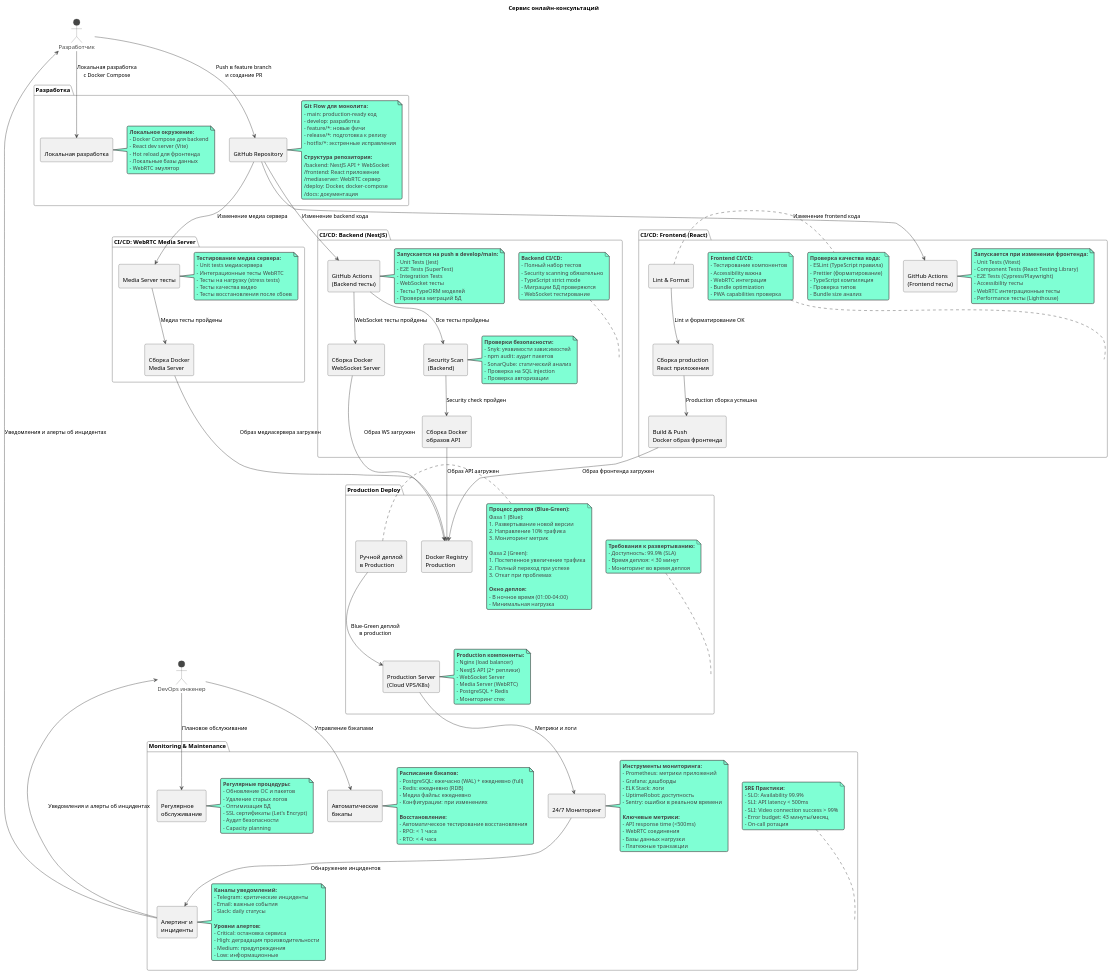
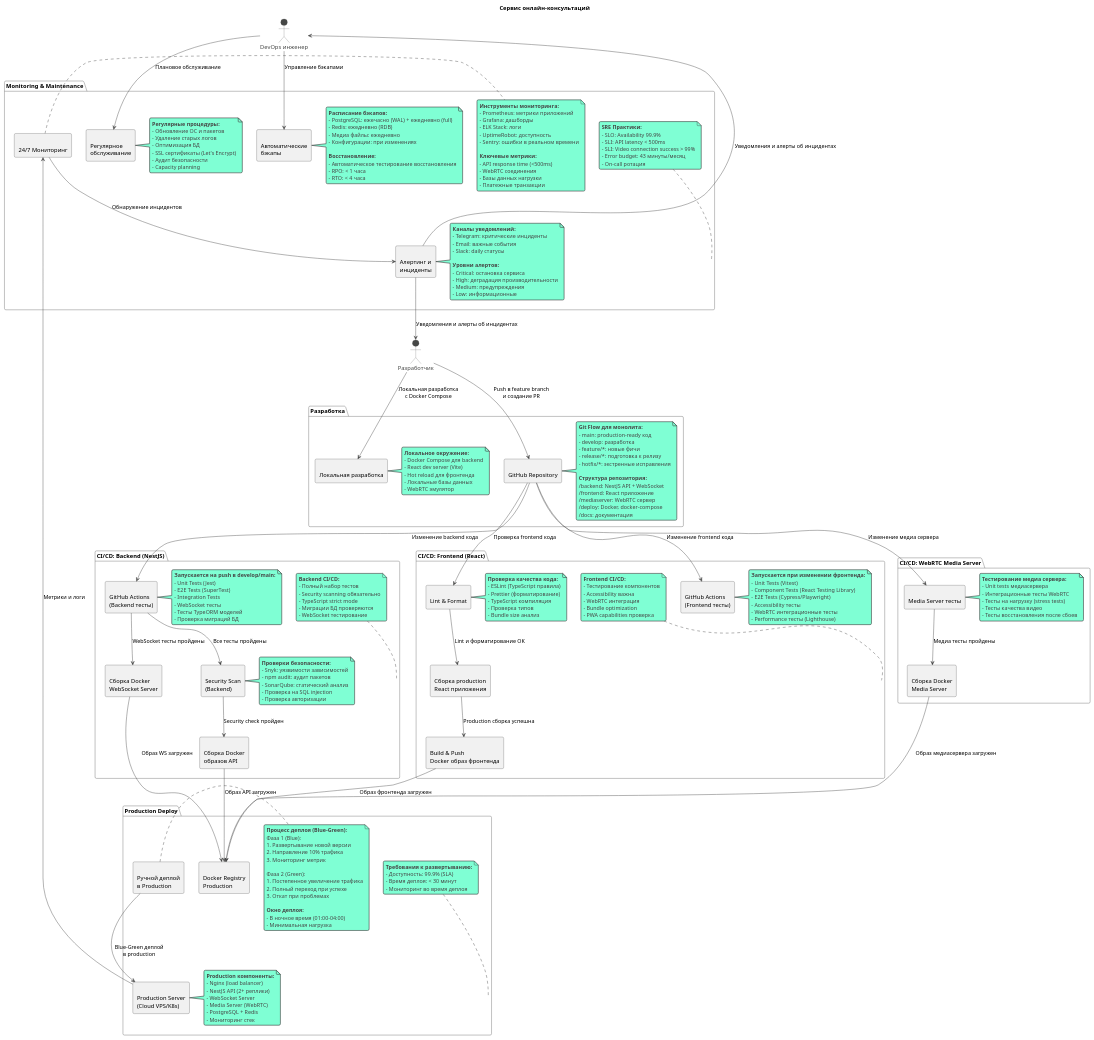
The diagram in 3. Технические процессы/Maintanance.puml (Exorcistee/architect), drawn with PlantUML before and after one commit. The commit also changed 7 other files, not shown here.

```diff
--- a/3. Технические процессы/Maintanance.puml
+++ b/3. Технические процессы/Maintanance.puml
@@ -236,6 +236,7 @@
 github --> backend_tests : "Изменение backend кода"
 github --> frontend_tests : "Изменение frontend кода"
 github --> media_tests : "Изменение медиа сервера"
+github --> lint_check : "Проверка frontend кода"
 
 backend_tests --> security_scan : "Все тесты пройдены"
 security_scan --> docker_build_backend : "Security check пройден"
```
